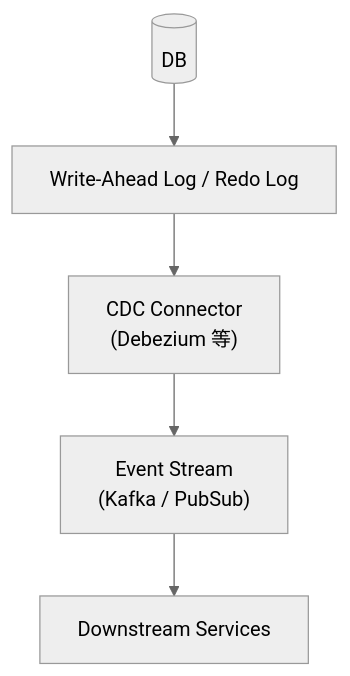
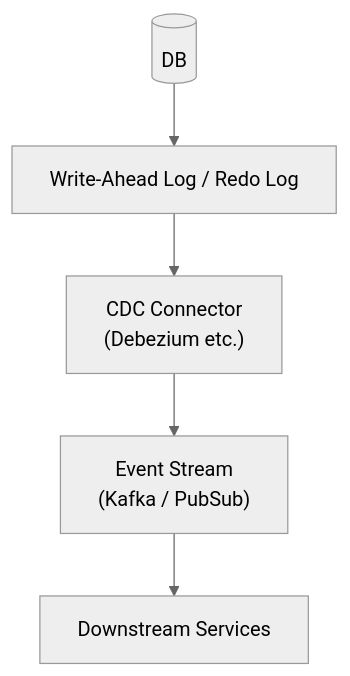
One commit to TAKT-R-D/design-pattern changed the diagram in architecture/integration/cdc.md. Above: the diagram before and after it, drawn with Mermaid (neutral theme). The commit also changed other lines of this file and 68 other files, not shown here.

````diff
--- a/architecture/integration/cdc.md
+++ b/architecture/integration/cdc.md
@@ -20,7 +19,7 @@
 ```mermaid
 graph TD
   A[(DB)] --> B[Write-Ahead Log / Redo Log]
-  B --> C["CDC Connector<br>(Debezium 等)"]
+  B --> C["CDC Connector<br>(Debezium etc.)"]
   C --> D["Event Stream<br>(Kafka / PubSub)"]
   D --> E[Downstream Services]
 ```
````
